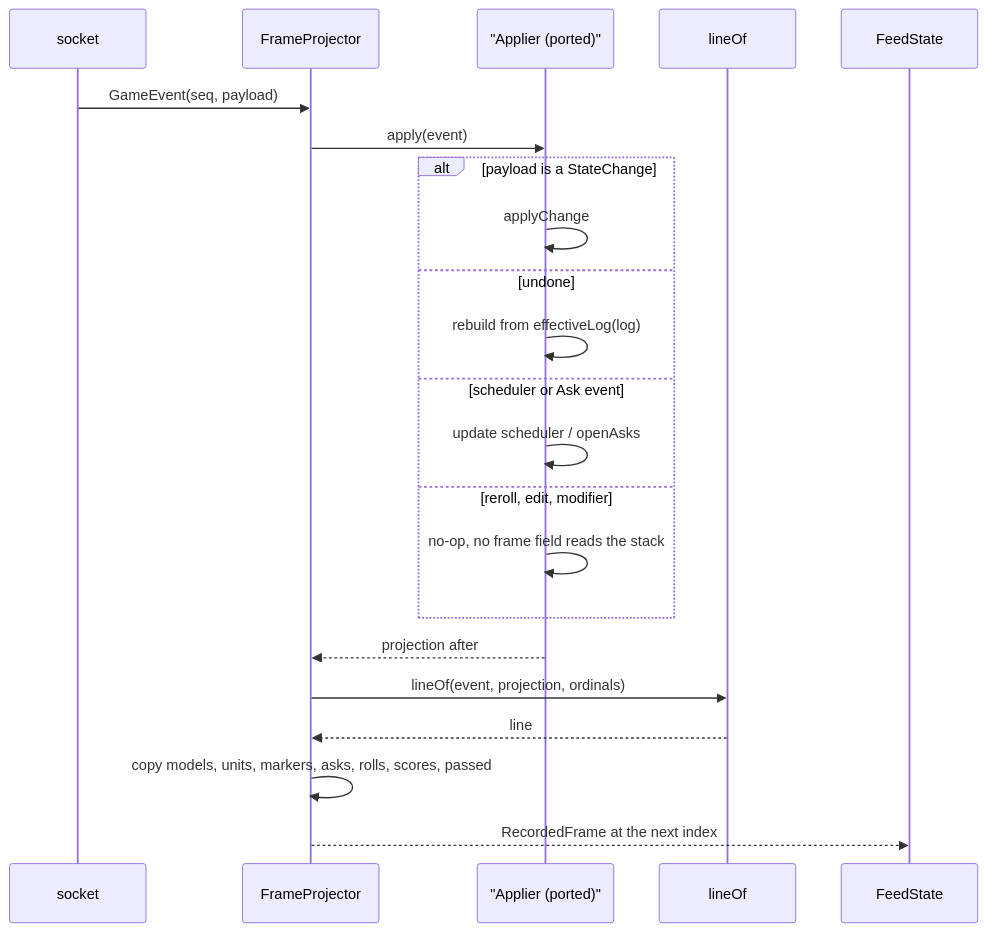
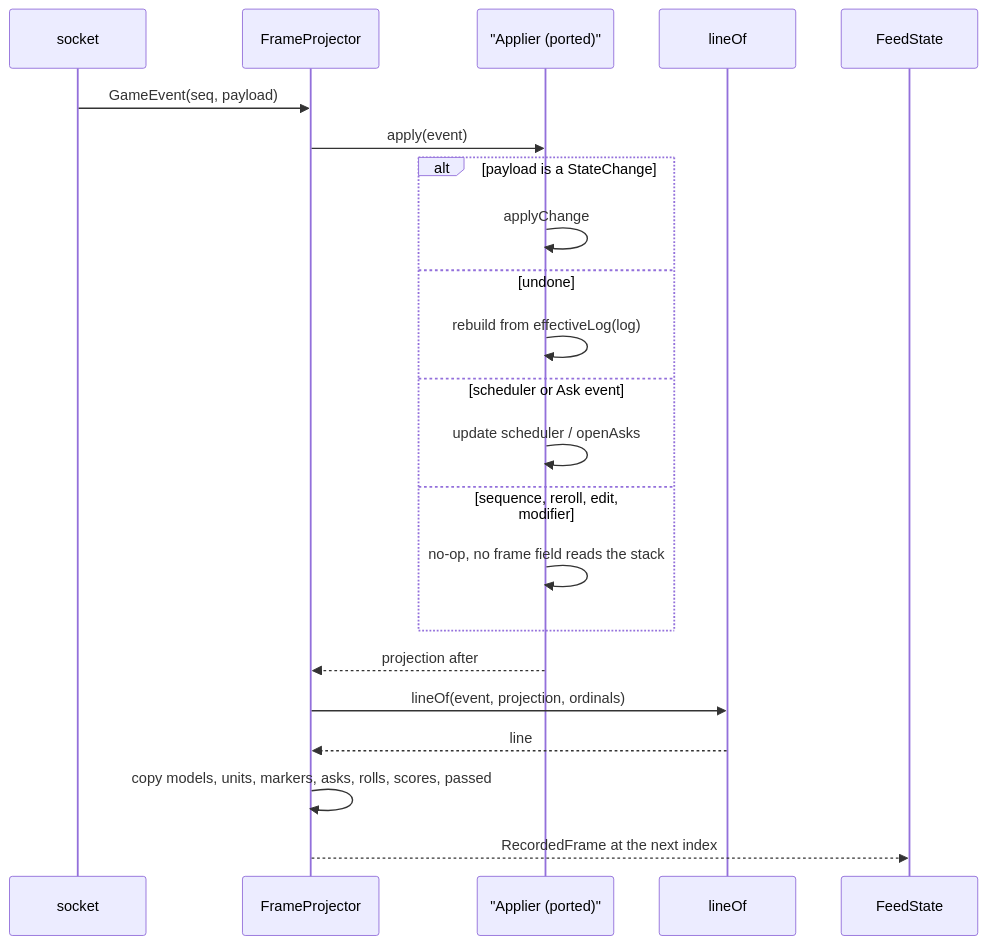
The ninth of 11 diagrams in docs/design/viewer/design.md (cstupi/tabletop), drawn with Mermaid before and after one commit. The commit also changed other lines of this file and 16 other files, not shown here.

First line of the commit message:
Level the viewer plan, design doc, spec, architecture and handoff with the merged viewer

````diff
--- a/docs/design/viewer/design.md
+++ b/docs/design/viewer/design.md
@@ -703,25 +727,25 @@
 ```mermaid
 sequenceDiagram
     participant S as socket
     participant P as FrameProjector
     participant AP as "Applier (ported)"
     participant LL as lineOf
     participant FS as FeedState
 
     S->>P: GameEvent(seq, payload)
     P->>AP: apply(event)
     alt payload is a StateChange
         AP->>AP: applyChange
     else undone
         AP->>AP: rebuild from effectiveLog(log)
     else scheduler or Ask event
         AP->>AP: update scheduler / openAsks
-    else reroll, edit, modifier
+    else sequence, reroll, edit, modifier
         AP->>AP: no-op, no frame field reads the stack
     end
     AP-->>P: projection after
     P->>LL: lineOf(event, projection, ordinals)
     LL-->>P: line
     P->>P: copy models, units, markers, asks, rolls, scores, passed
     P-->>FS: RecordedFrame at the next index
 ```
````
